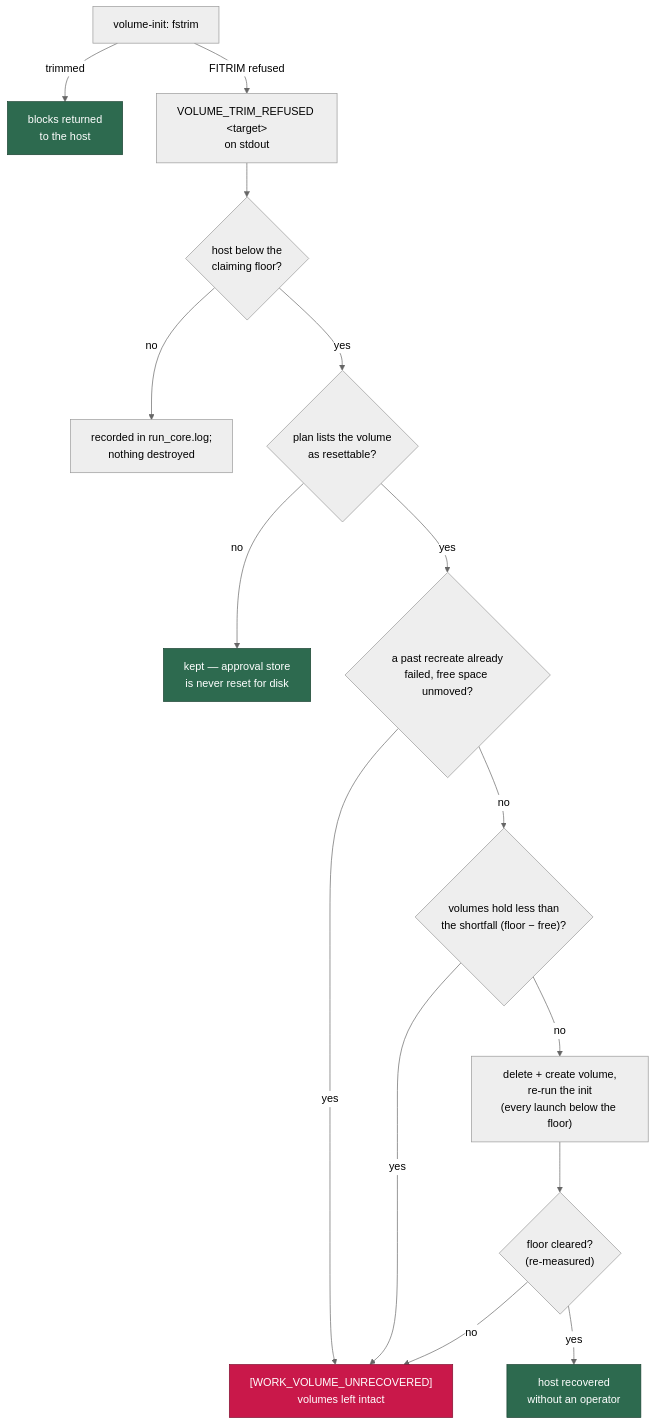
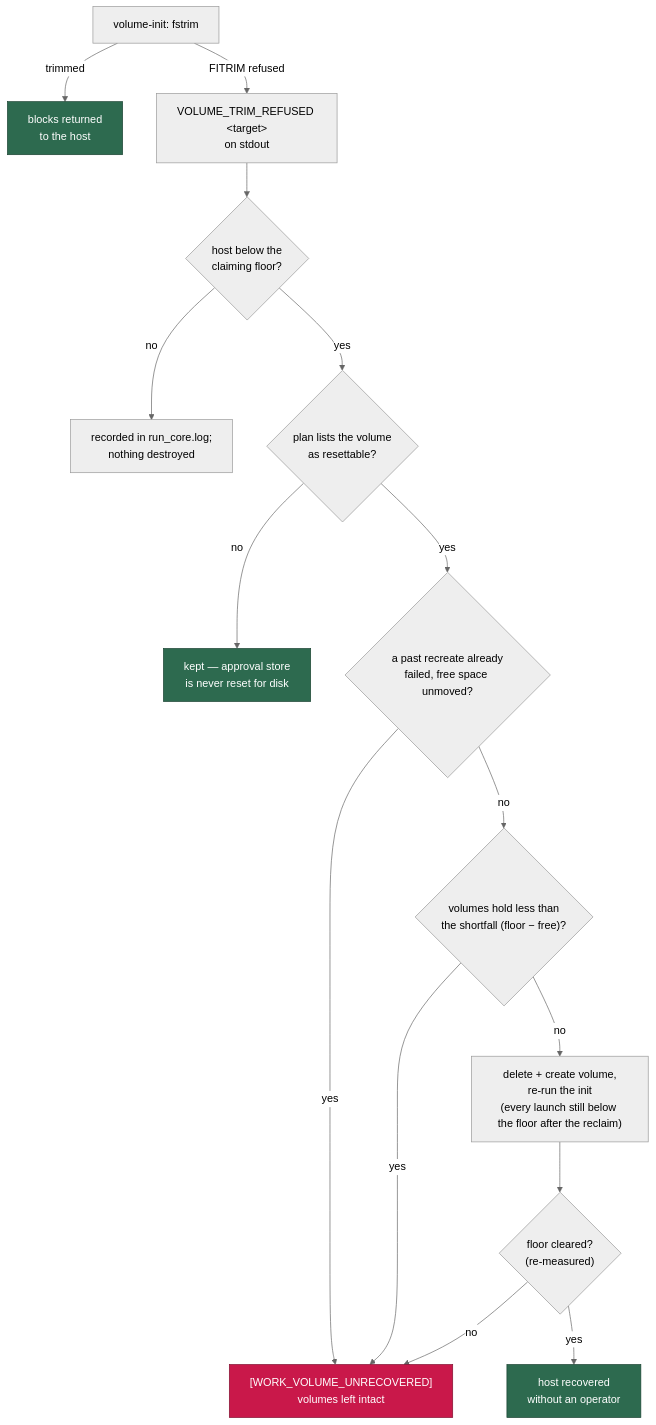
One commit to stSoftwareAU/VibeCoder changed diagram 14 of 23 in docs/CONTAINER.md. Above: the diagram before and after it, drawn with Mermaid (neutral theme). The commit also changed other lines of this file and 4 other files, not shown here.

````diff
--- a/docs/CONTAINER.md
+++ b/docs/CONTAINER.md
@@ -1509,21 +1582,21 @@
 ```mermaid
 flowchart TD
     I["volume-init: fstrim"] -->|"trimmed"| OK["blocks returned<br/>to the host"]
     I -->|"FITRIM refused"| R["VOLUME_TRIM_REFUSED &lt;target&gt;<br/>on stdout"]
     R --> G{"host below the<br/>claiming floor?"}
     G -->|"no"| N["recorded in run_core.log;<br/>nothing destroyed"]
     G -->|"yes"| P{"plan lists the volume<br/>as resettable?"}
     P -->|"no"| K["kept — approval store<br/>is never reset for disk"]
     P -->|"yes"| U{"a past recreate already<br/>failed, free space unmoved?"}
     U -->|"yes"| E["[WORK_VOLUME_UNRECOVERED]<br/>volumes left intact"]
     U -->|"no"| S{"volumes hold less than<br/>the shortfall (floor − free)?"}
     S -->|"yes"| E
-    S -->|"no"| D["delete + create volume,<br/>re-run the init<br/>(every launch below the floor)"]
+    S -->|"no"| D["delete + create volume,<br/>re-run the init<br/>(every launch still below the floor after the reclaim)"]
     D --> M{"floor cleared?<br/>(re-measured)"}
     M -->|"yes"| H["host recovered<br/>without an operator"]
     M -->|"no"| E
     style OK fill:#2d6a4f,stroke:#1b4332,color:#fff
     style H fill:#2d6a4f,stroke:#1b4332,color:#fff
     style E fill:#c9184a,stroke:#800f2f,color:#fff
     style K fill:#2d6a4f,stroke:#1b4332,color:#fff
 ```
````
